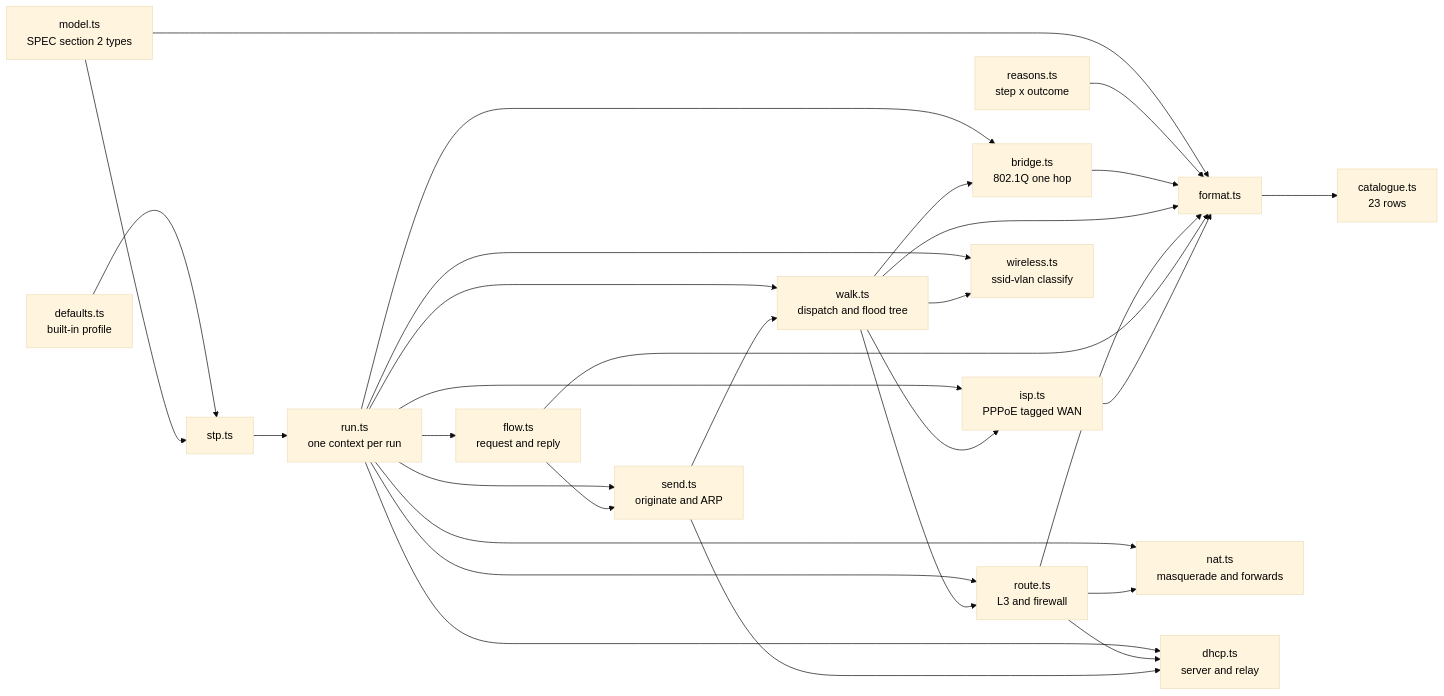
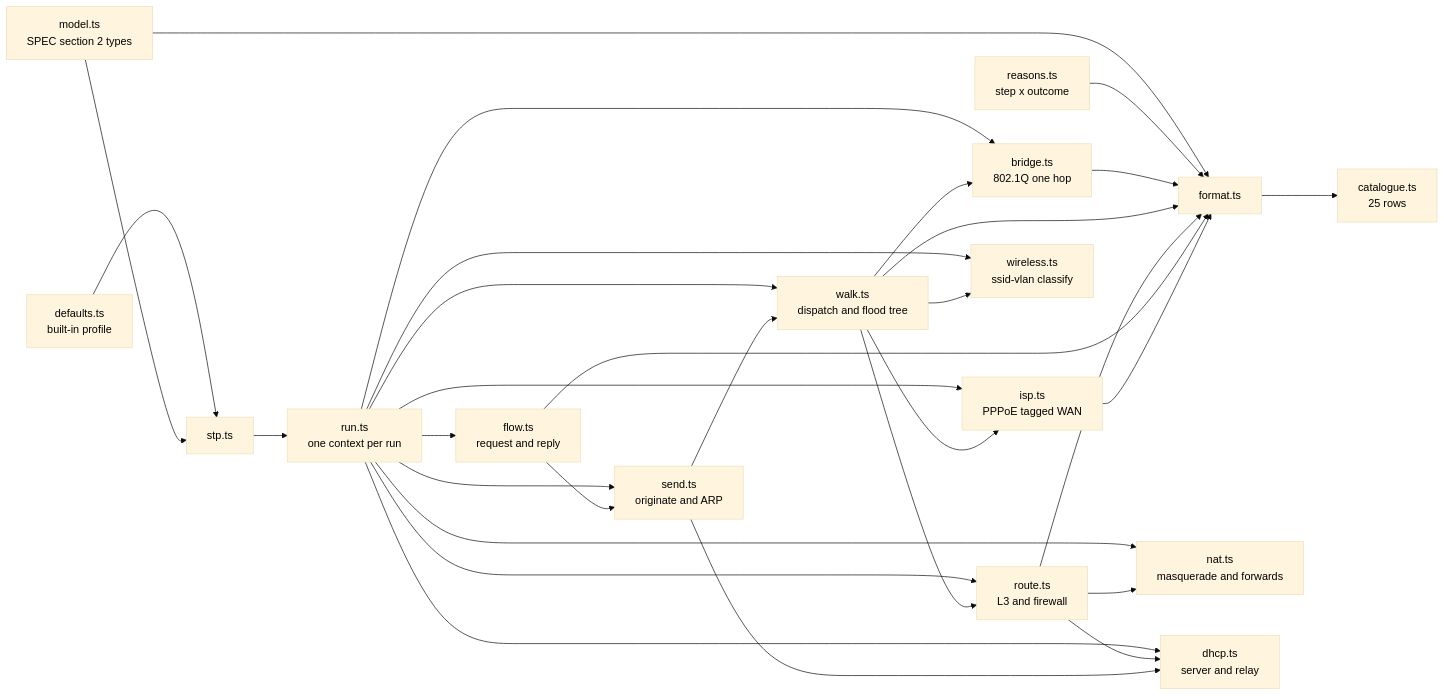
Before and after one commit to alanfong93/network-sandbox: the first of 3 diagrams in docs/architecture.md, drawn with Mermaid (base theme). The commit also changed other lines of this file and 17 other files, not shown here.

````diff
--- a/docs/architecture.md
+++ b/docs/architecture.md
@@ -20,48 +23,48 @@
 ```mermaid
 flowchart LR
     M[model.ts<br>SPEC section 2 types] --> F[format.ts]
     R[reasons.ts<br>step x outcome] --> F
-    F --> C[catalogue.ts<br>23 rows]
+    F --> C[catalogue.ts<br>25 rows]
     D[defaults.ts<br>built-in profile] --> S[stp.ts]
     M --> S
     S --> U[run.ts<br>one context per run]
     U --> B[bridge.ts<br>802.1Q one hop]
     U --> W[walk.ts<br>dispatch and flood tree]
     U --> O[route.ts<br>L3 and firewall]
     U --> NA[nat.ts<br>masquerade and forwards]
     U --> DH[dhcp.ts<br>server and relay]
     U --> ISP[isp.ts<br>PPPoE tagged WAN]
     U --> WL[wireless.ts<br>ssid-vlan classify]
     U --> N[send.ts<br>originate and ARP]
     U --> L[flow.ts<br>request and reply]
     W --> B
     W --> O
     W --> ISP
     W --> WL
     O --> NA
     O --> DH
     N --> W
     N --> DH
     L --> N
     B --> F
     W --> F
     O --> F
     L --> F
     ISP --> F
     style M color:#000
     style R color:#000
     style F color:#000
     style C color:#000
     style D color:#000
     style S color:#000
     style U color:#000
     style B color:#000
     style W color:#000
     style O color:#000
     style NA color:#000
     style DH color:#000
     style ISP color:#000
     style WL color:#000
     style N color:#000
     style L color:#000
 ```
````
